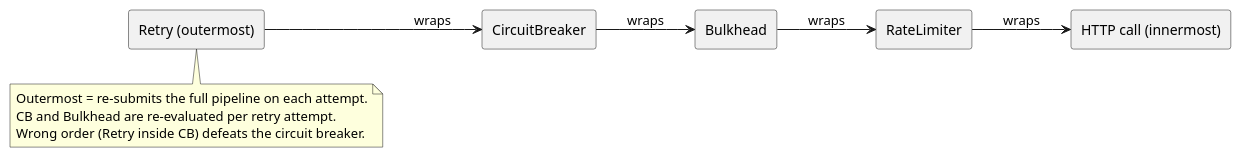
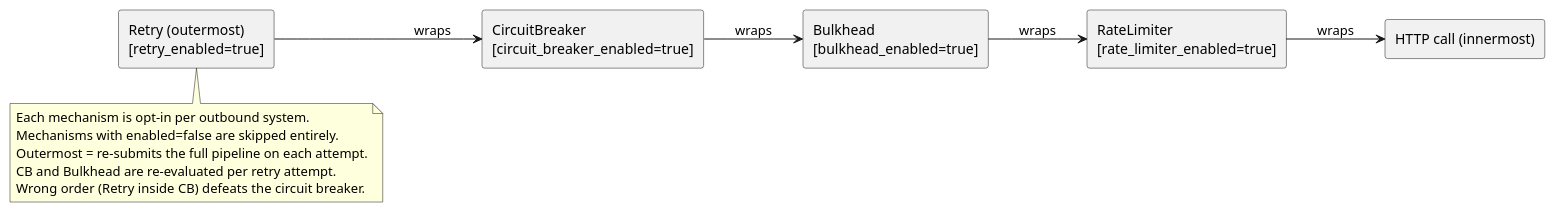
One commit to nantaaditya/outbound-gateway changed the fourth of 5 diagrams in README.md. Above: the diagram before and after it, drawn with PlantUML. The commit also changed other lines of this file, not shown here.

First line of the commit message:
docs: update README diagrams (Phase 22-A)

````diff
--- a/README.md
+++ b/README.md
@@ -135,22 +244,24 @@
 ```plantuml
 @startuml
 left to right direction
 
 rectangle "HTTP call (innermost)" as exec
-rectangle "RateLimiter" as rl
-rectangle "Bulkhead" as bh
-rectangle "CircuitBreaker" as cb
-rectangle "Retry (outermost)" as retry
+rectangle "RateLimiter\n[rate_limiter_enabled=true]" as rl
+rectangle "Bulkhead\n[bulkhead_enabled=true]" as bh
+rectangle "CircuitBreaker\n[circuit_breaker_enabled=true]" as cb
+rectangle "Retry (outermost)\n[retry_enabled=true]" as retry
 
 retry --> cb : wraps
 cb --> bh : wraps
 bh --> rl : wraps
 rl --> exec : wraps
 
 note bottom of retry
+  Each mechanism is opt-in per outbound system.
+  Mechanisms with enabled=false are skipped entirely.
   Outermost = re-submits the full pipeline on each attempt.
   CB and Bulkhead are re-evaluated per retry attempt.
   Wrong order (Retry inside CB) defeats the circuit breaker.
 end note
 @enduml
 ```
````
